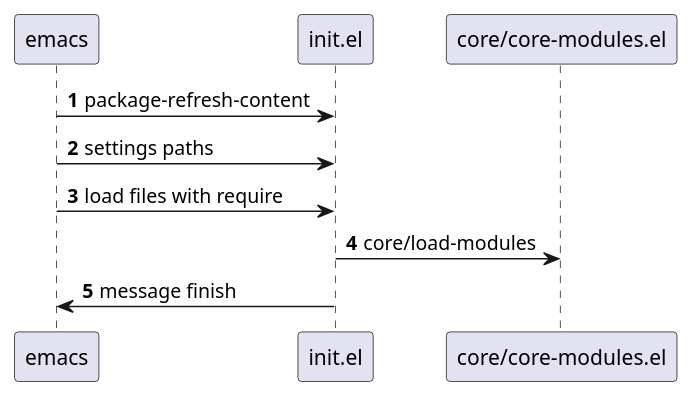
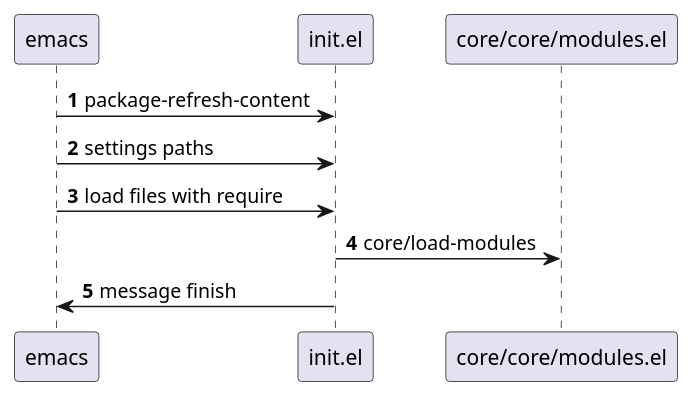
Before and after one commit to luismayta/emacs.d: the diagram in docs/source/_static/sequences_init.plantuml, drawn with PlantUML. The commit also changed 10 other files, not shown here.

```diff
--- a/docs/source/_static/sequences_init.plantuml
+++ b/docs/source/_static/sequences_init.plantuml
@@ -1,8 +1,8 @@
 @startuml
 autonumber
 emacs -> init.el : package-refresh-content
 emacs -> init.el : settings paths
 emacs -> init.el : load files with require
-init.el -> "core/core-modules.el" : core/load-modules
+init.el -> "core/core/modules.el" : core/load-modules
 init.el -> emacs : message finish
 @enduml
```
